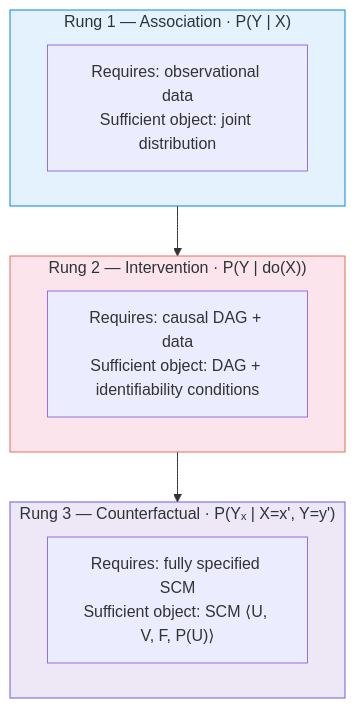
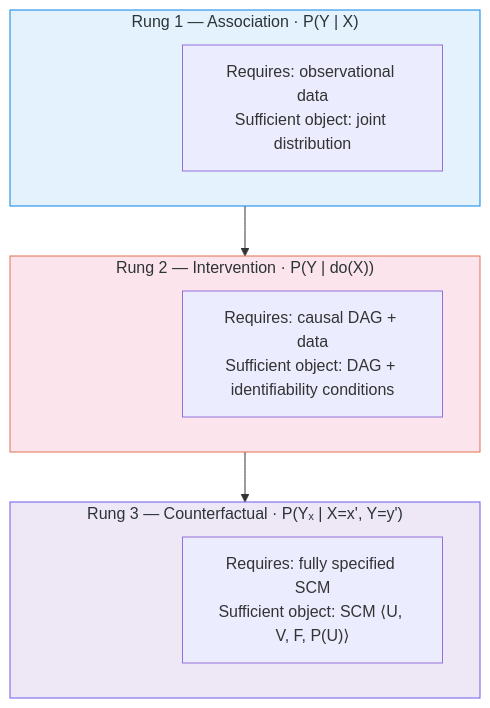
The second of 16 diagrams in notebooks/causal_inference/building_SCM.md (dimitarpg13/agentic_architectures_and_design_patterns), drawn with Mermaid before and after one commit. The commit also changed other lines of this file, not shown here.

Commit message:
update md

````diff
--- a/notebooks/causal_inference/building_SCM.md
+++ b/notebooks/causal_inference/building_SCM.md
@@ -77,20 +81,26 @@
 ```mermaid
 graph TD
     subgraph Rung1["Rung 1 — Association · P(Y | X)"]
+        R1_pad[ ] ~~~ R1
         R1["Requires: observational data<br/>Sufficient object: joint distribution"]
     end
 
     subgraph Rung2["Rung 2 — Intervention · P(Y | do(X))"]
+        R2_pad[ ] ~~~ R2
         R2["Requires: causal DAG + data<br/>Sufficient object: DAG + identifiability conditions"]
     end
 
     subgraph Rung3["Rung 3 — Counterfactual · P(Yₓ | X=x', Y=y')"]
+        R3_pad[ ] ~~~ R3
         R3["Requires: fully specified SCM<br/>Sufficient object: SCM ⟨U, V, F, P(U)⟩"]
     end
 
     Rung1 --> Rung2 --> Rung3
 
+    style R1_pad fill:none,stroke:none,color:none
+    style R2_pad fill:none,stroke:none,color:none
+    style R3_pad fill:none,stroke:none,color:none
     style Rung1 fill:#e3f2fd,stroke:#0984e3,color:#2d3436
     style Rung2 fill:#fce4ec,stroke:#e17055,color:#2d3436
     style Rung3 fill:#ede7f6,stroke:#6c5ce7,color:#2d3436
 ```
````
